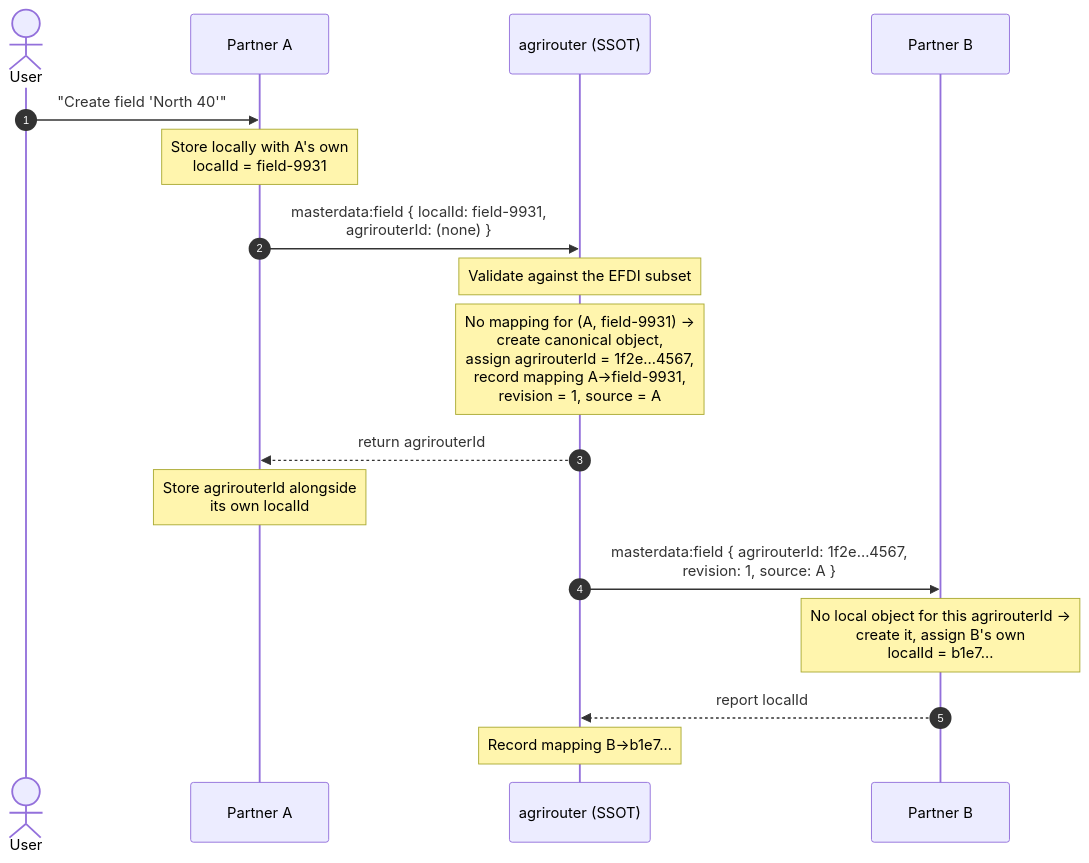
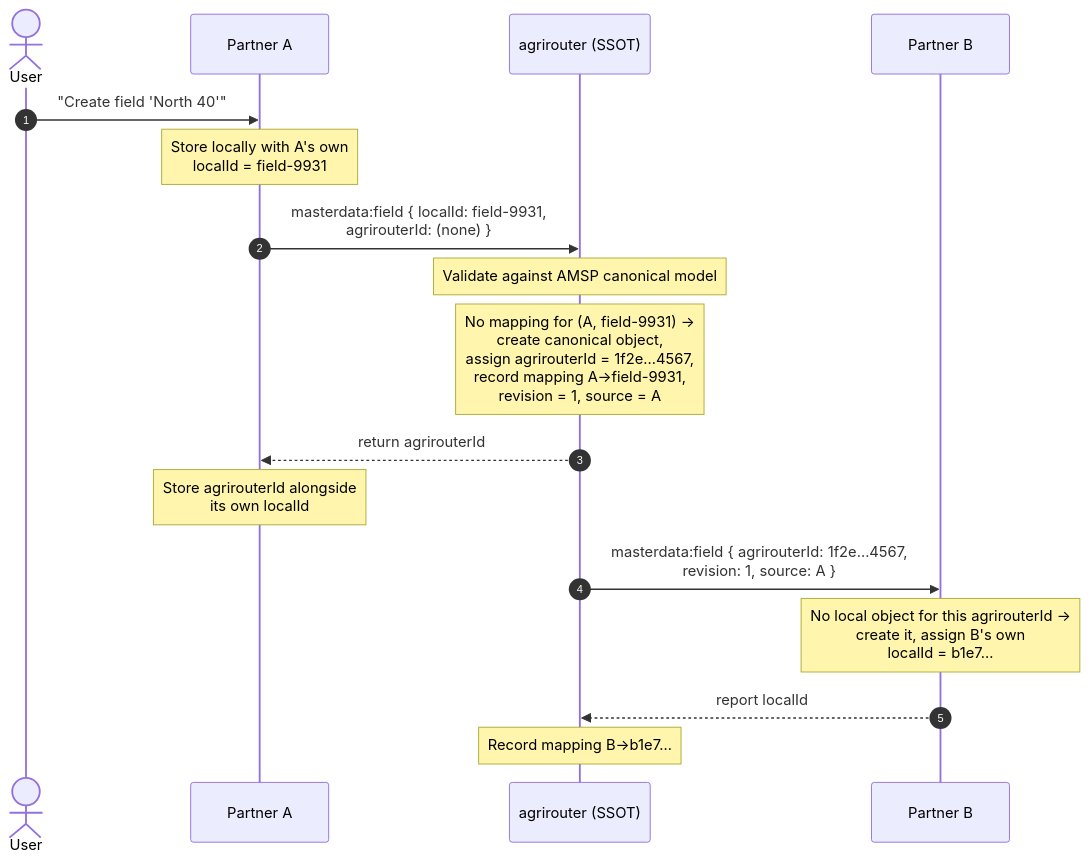
The second of 3 diagrams in architecture/01-reference-architecture.md (DKE-Data/masterdata-sync-working-group), drawn with Mermaid before and after one commit. The commit also changed other lines of this file, not shown here.

````diff
--- a/architecture/01-reference-architecture.md
+++ b/architecture/01-reference-architecture.md
@@ -142,23 +143,23 @@
 ```mermaid
 sequenceDiagram
     autonumber
     actor U as User
     participant A as Partner A
     participant AR as agrirouter (SSOT)
     participant B as Partner B
 
     U->>A: "Create field 'North 40'"
     Note over A: Store locally with A's own<br/>localId = field-9931
     A->>AR: masterdata:field { localId: field-9931,<br/>agrirouterId: (none) }
 
-    Note over AR: Validate against the EFDI subset
+    Note over AR: Validate against AMSP canonical model
     Note over AR: No mapping for (A, field-9931) →<br/>create canonical object,<br/>assign agrirouterId = 1f2e…4567,<br/>record mapping A→field-9931,<br/>revision = 1, source = A
 
     AR-->>A: return agrirouterId
     Note over A: Store agrirouterId alongside<br/>its own localId
 
     AR->>B: masterdata:field { agrirouterId: 1f2e…4567,<br/>revision: 1, source: A }
     Note over B: No local object for this agrirouterId →<br/>create it, assign B's own<br/>localId = b1e7…
     B-->>AR: report localId
     Note over AR: Record mapping B→b1e7…
 ```
````
